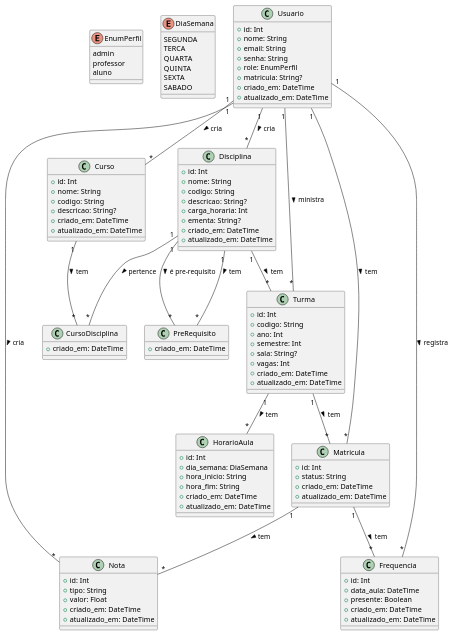
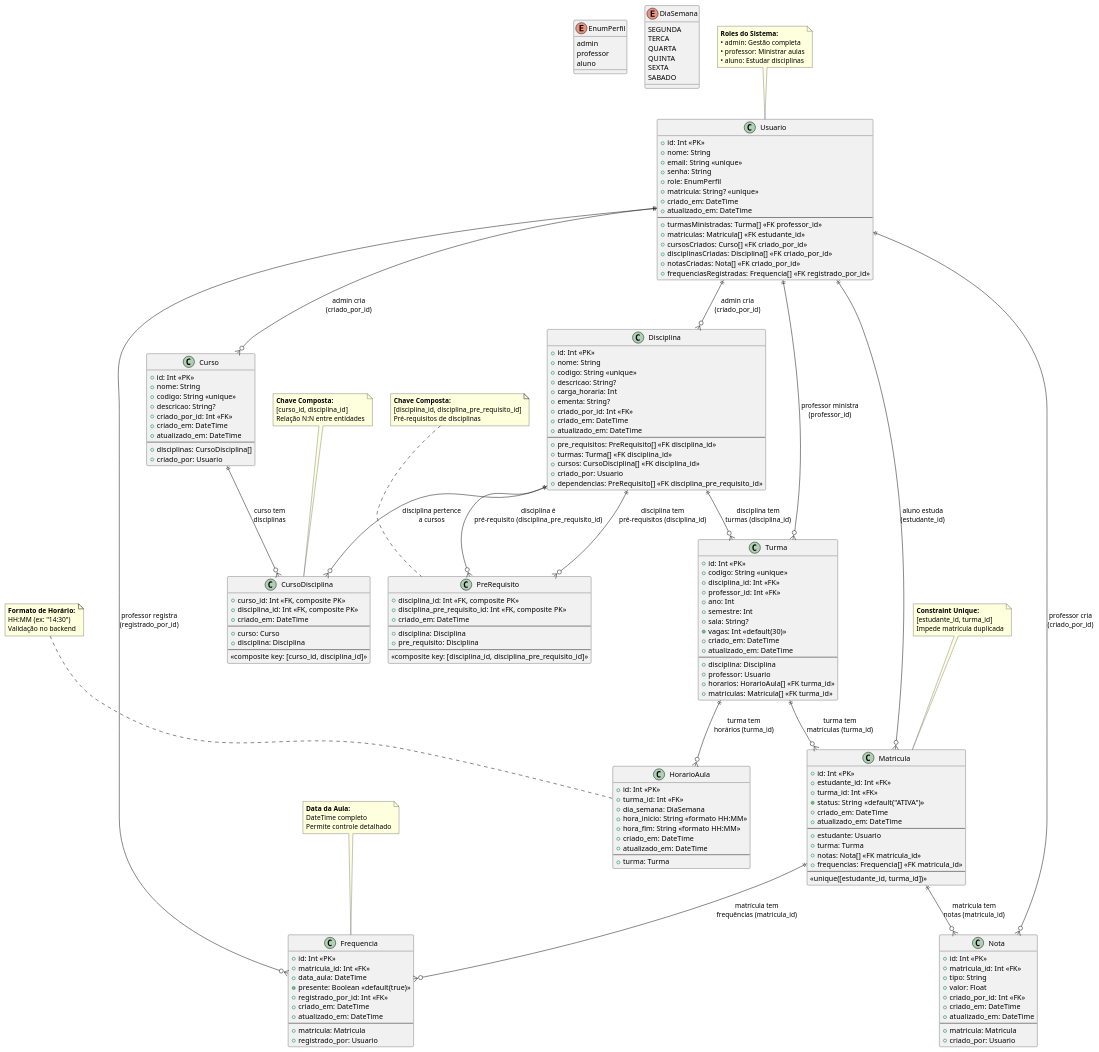
One commit to alex-yudi/educatio-be changed the diagram in docs/diagrama-uml.puml. Above: the diagram before and after it, drawn with PlantUML. The commit also changed 7 other files, not shown here.

```diff
--- a/docs/diagrama-uml.puml
+++ b/docs/diagrama-uml.puml
@@ -1,6 +1,14 @@
 @startuml Sistema Educatio - Diagrama de Classes
 
-' Enums
+' ==================================================
+' SISTEMA DE GERENCIAMENTO EDUCACIONAL EDUCATIO
+' ==================================================
+' Este diagrama representa a estrutura completa do
+' sistema de gerenciamento educacional, incluindo
+' usuários, cursos, disciplinas, turmas e avaliações.
+' ==================================================
+
+' Enums do Sistema
 enum EnumPerfil {
   admin
   professor
@@ -16,107 +24,209 @@
   SABADO
 }
 
-' Classes
+' ==================================================
+' ENTIDADES PRINCIPAIS DO SISTEMA
+' ==================================================
+
 class Usuario {
-  +id: Int
+  +id: Int <<PK>>
   +nome: String
-  +email: String
+  +email: String <<unique>>
   +senha: String
   +role: EnumPerfil
-  +matricula: String?
+  +matricula: String? <<unique>>
   +criado_em: DateTime
   +atualizado_em: DateTime
+  --
+  ' Relacionamentos
+  +turmasMinistradas: Turma[] <<FK professor_id>>
+  +matriculas: Matricula[] <<FK estudante_id>>
+  +cursosCriados: Curso[] <<FK criado_por_id>>
+  +disciplinasCriadas: Disciplina[] <<FK criado_por_id>>
+  +notasCriadas: Nota[] <<FK criado_por_id>>
+  +frequenciasRegistradas: Frequencia[] <<FK registrado_por_id>>
 }
 
 class Curso {
-  +id: Int
+  +id: Int <<PK>>
   +nome: String
-  +codigo: String
+  +codigo: String <<unique>>
   +descricao: String?
+  +criado_por_id: Int <<FK>>
   +criado_em: DateTime
   +atualizado_em: DateTime
+  --
+  ' Relacionamentos
+  +disciplinas: CursoDisciplina[]
+  +criado_por: Usuario
 }
 
 class Disciplina {
-  +id: Int
+  +id: Int <<PK>>
   +nome: String
-  +codigo: String
+  +codigo: String <<unique>>
   +descricao: String?
   +carga_horaria: Int
   +ementa: String?
+  +criado_por_id: Int <<FK>>
   +criado_em: DateTime
   +atualizado_em: DateTime
+  --
+  ' Relacionamentos
+  +pre_requisitos: PreRequisito[] <<FK disciplina_id>>
+  +turmas: Turma[] <<FK disciplina_id>>
+  +cursos: CursoDisciplina[] <<FK disciplina_id>>
+  +criado_por: Usuario
+  +dependencias: PreRequisito[] <<FK disciplina_pre_requisito_id>>
 }
 
 class Turma {
-  +id: Int
-  +codigo: String
+  +id: Int <<PK>>
+  +codigo: String <<unique>>
+  +disciplina_id: Int <<FK>>
+  +professor_id: Int <<FK>>
   +ano: Int
   +semestre: Int
   +sala: String?
-  +vagas: Int
+  +vagas: Int <<default(30)>>
   +criado_em: DateTime
   +atualizado_em: DateTime
+  --
+  ' Relacionamentos
+  +disciplina: Disciplina
+  +professor: Usuario
+  +horarios: HorarioAula[] <<FK turma_id>>
+  +matriculas: Matricula[] <<FK turma_id>>
 }
 
 class HorarioAula {
-  +id: Int
+  +id: Int <<PK>>
+  +turma_id: Int <<FK>>
   +dia_semana: DiaSemana
-  +hora_inicio: String
-  +hora_fim: String
+  +hora_inicio: String <<formato HH:MM>>
+  +hora_fim: String <<formato HH:MM>>
   +criado_em: DateTime
   +atualizado_em: DateTime
+  --
+  ' Relacionamentos
+  +turma: Turma
 }
 
 class Matricula {
-  +id: Int
-  +status: String
+  +id: Int <<PK>>
+  +estudante_id: Int <<FK>>
+  +turma_id: Int <<FK>>
+  +status: String <<default("ATIVA")>>
   +criado_em: DateTime
   +atualizado_em: DateTime
+  --
+  ' Relacionamentos
+  +estudante: Usuario
+  +turma: Turma
+  +notas: Nota[] <<FK matricula_id>>
+  +frequencias: Frequencia[] <<FK matricula_id>>
+  --
+  <<unique([estudante_id, turma_id])>>
 }
 
 class Nota {
-  +id: Int
+  +id: Int <<PK>>
+  +matricula_id: Int <<FK>>
   +tipo: String
   +valor: Float
+  +criado_por_id: Int <<FK>>
   +criado_em: DateTime
   +atualizado_em: DateTime
+  --
+  ' Relacionamentos
+  +matricula: Matricula
+  +criado_por: Usuario
 }
 
 class Frequencia {
-  +id: Int
+  +id: Int <<PK>>
+  +matricula_id: Int <<FK>>
   +data_aula: DateTime
-  +presente: Boolean
+  +presente: Boolean <<default(true)>>
+  +registrado_por_id: Int <<FK>>
   +criado_em: DateTime
   +atualizado_em: DateTime
+  --
+  ' Relacionamentos
+  +matricula: Matricula
+  +registrado_por: Usuario
 }
 
+' ==================================================
+' ENTIDADES DE RELACIONAMENTO (TABELAS PIVOT)
+' ==================================================
+
 class CursoDisciplina {
+  +curso_id: Int <<FK, composite PK>>
+  +disciplina_id: Int <<FK, composite PK>>
   +criado_em: DateTime
+  --
+  ' Relacionamentos
+  +curso: Curso
+  +disciplina: Disciplina
+  --
+  <<composite key: [curso_id, disciplina_id]>>
 }
 
 class PreRequisito {
+  +disciplina_id: Int <<FK, composite PK>>
+  +disciplina_pre_requisito_id: Int <<FK, composite PK>>
   +criado_em: DateTime
+  --
+  ' Relacionamentos
+  +disciplina: Disciplina
+  +pre_requisito: Disciplina
+  --
+  <<composite key: [disciplina_id, disciplina_pre_requisito_id]>>
 }
 
-' Relacionamentos
-Usuario "1" -- "*" Turma : ministra >
-Usuario "1" -- "*" Matricula : tem >
-Usuario "1" -- "*" Curso : cria >
-Usuario "1" -- "*" Disciplina : cria >
-Usuario "1" -- "*" Nota : cria >
-Usuario "1" -- "*" Frequencia : registra >
+' ==================================================
+' RELACIONAMENTOS ENTRE ENTIDADES
+' ==================================================
 
-Curso "1" -- "*" CursoDisciplina : tem >
-Disciplina "1" -- "*" CursoDisciplina : pertence >
-Disciplina "1" -- "*" Turma : tem >
-Disciplina "1" -- "*" PreRequisito : tem >
-Disciplina "1" -- "*" PreRequisito : é pre-requisito >
+' === Relacionamentos do Usuario ===
+Usuario ||--o{ Turma : "professor ministra\n(professor_id)"
+Usuario ||--o{ Matricula : "aluno estuda\n(estudante_id)"
+Usuario ||--o{ Curso : "admin cria\n(criado_por_id)"
+Usuario ||--o{ Disciplina : "admin cria\n(criado_por_id)"
+Usuario ||--o{ Nota : "professor cria\n(criado_por_id)"
+Usuario ||--o{ Frequencia : "professor registra\n(registrado_por_id)"
 
-Turma "1" -- "*" HorarioAula : tem >
-Turma "1" -- "*" Matricula : tem >
+' === Relacionamentos do Curso ===
+Curso ||--o{ CursoDisciplina : "curso tem\ndisciplinas"
 
-Matricula "1" -- "*" Nota : tem >
-Matricula "1" -- "*" Frequencia : tem >
+' === Relacionamentos da Disciplina ===
+Disciplina ||--o{ CursoDisciplina : "disciplina pertence\na cursos"
+Disciplina ||--o{ Turma : "disciplina tem\nturmas (disciplina_id)"
+Disciplina ||--o{ PreRequisito : "disciplina tem\npré-requisitos (disciplina_id)"
+Disciplina ||--o{ PreRequisito : "disciplina é\npré-requisito (disciplina_pre_requisito_id)"
+
+' === Relacionamentos da Turma ===
+Turma ||--o{ HorarioAula : "turma tem\nhorários (turma_id)"
+Turma ||--o{ Matricula : "turma tem\nmatrículas (turma_id)"
+
+' === Relacionamentos da Matricula ===
+Matricula ||--o{ Nota : "matrícula tem\nnotas (matricula_id)"
+Matricula ||--o{ Frequencia : "matrícula tem\nfrequências (matricula_id)"
+
+' ==================================================
+' NOTAS TÉCNICAS
+' ==================================================
+note top of Usuario : **Roles do Sistema:**\n• admin: Gestão completa\n• professor: Ministrar aulas\n• aluno: Estudar disciplinas
+
+note top of Matricula : **Constraint Unique:**\n[estudante_id, turma_id]\nImpede matrícula duplicada
+
+note top of CursoDisciplina : **Chave Composta:**\n[curso_id, disciplina_id]\nRelação N:N entre entidades
+
+note top of PreRequisito : **Chave Composta:**\n[disciplina_id, disciplina_pre_requisito_id]\nPré-requisitos de disciplinas
+
+note top of HorarioAula : **Formato de Horário:**\nHH:MM (ex: "14:30")\nValidação no backend
+
+note top of Frequencia : **Data da Aula:**\nDateTime completo\nPermite controle detalhado
 
 @enduml
```
